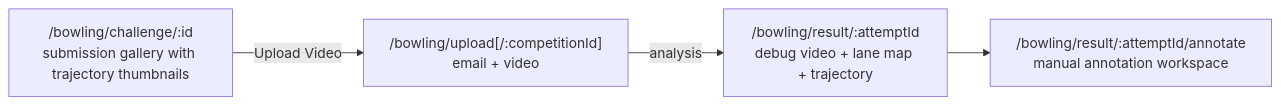
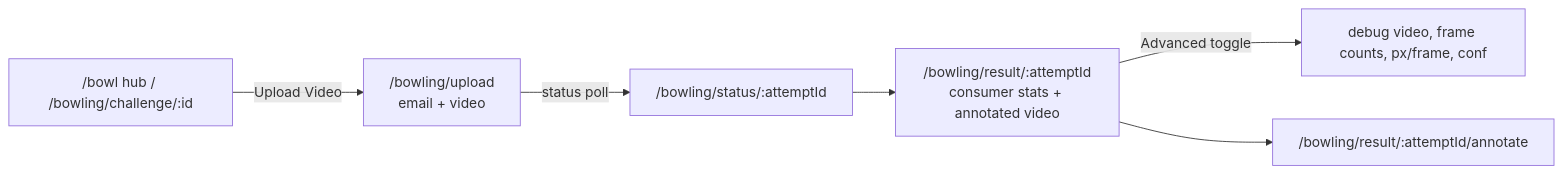
One commit to robert23kim/toms-gym changed the fourth of 6 diagrams in docs/site-map/README.md. Above: the diagram before and after it, drawn with Mermaid. The commit also changed other lines of this file and 14 other files, not shown here.

First line of the commit message:
docs(site-map): refresh production walk for shipped UX roadmap

````diff
--- a/docs/site-map/README.md
+++ b/docs/site-map/README.md
@@ -77,6 +103,8 @@
 ```mermaid
 flowchart LR
-    BC["/bowling/challenge/:id\nsubmission gallery with trajectory thumbnails"] -->|Upload Video| BU["/bowling/upload[/:competitionId]\nemail + video"]
-    BU -->|analysis| BR["/bowling/result/:attemptId\ndebug video + lane map + trajectory"]
-    BR --> AW["/bowling/result/:attemptId/annotate\nmanual annotation workspace"]
+    BC["/bowl hub / /bowling/challenge/:id"] -->|Upload Video| BU["/bowling/upload\nemail + video"]
+    BU -->|status poll| BS["/bowling/status/:attemptId"]
+    BS --> BR["/bowling/result/:attemptId\nconsumer stats + annotated video"]
+    BR -->|Advanced toggle| DBG[debug video, frame counts, px/frame, conf]
+    BR --> AW["/bowling/result/:attemptId/annotate"]
 ```
````
